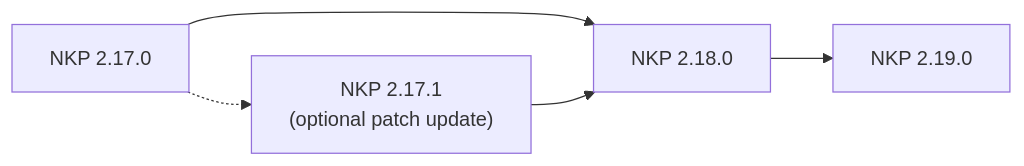
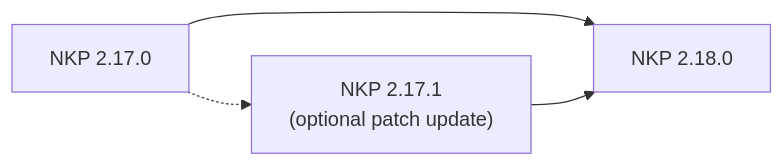
The diagram in docs/upgrades/index.md (jlnhnng/nkp-field-docs), drawn with Mermaid before and after one commit. The commit also changed other lines of this file and 44 other files, not shown here.

````diff
--- a/docs/upgrades/index.md
+++ b/docs/upgrades/index.md
@@ -11,7 +10,6 @@
 ```mermaid
 flowchart LR
     a["NKP 2.17.0"] --> c["NKP 2.18.0"]
     a -.-> b["NKP 2.17.1<br/>(optional patch update)"]
     b --> c
-    c --> d["NKP 2.19.0"]
 ```
````
